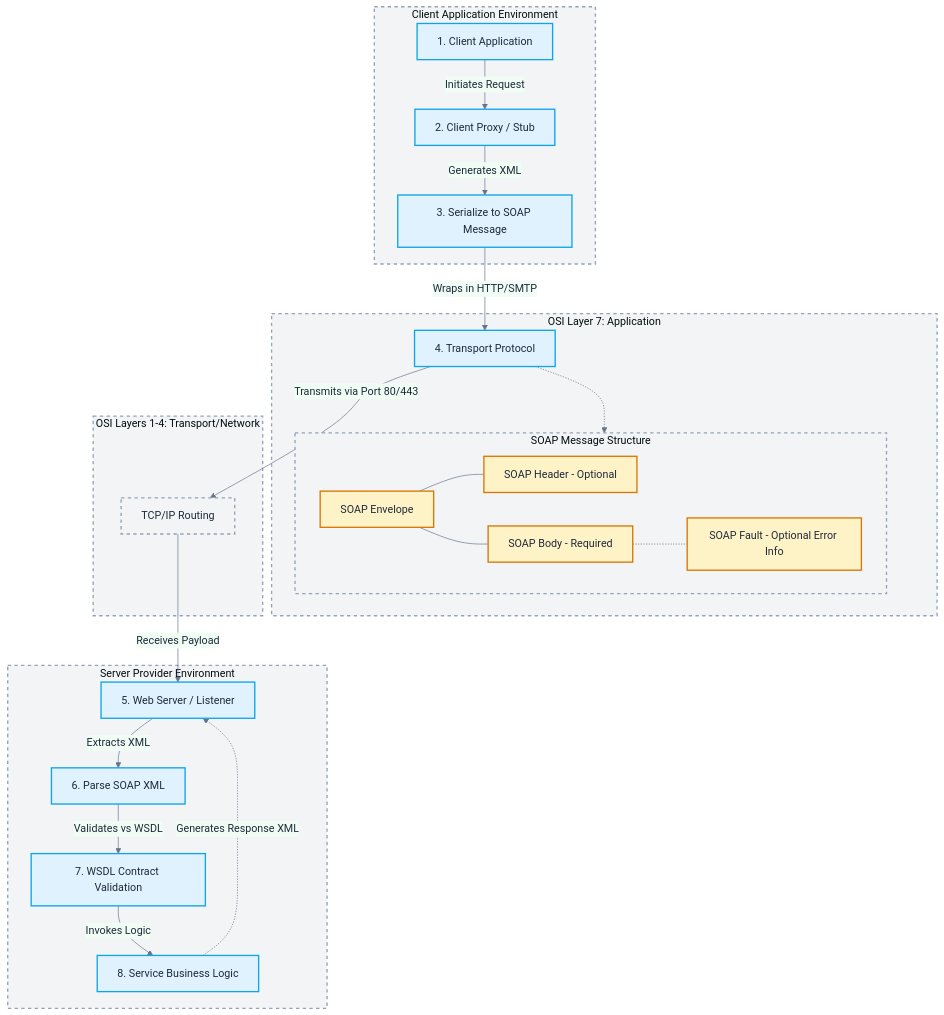
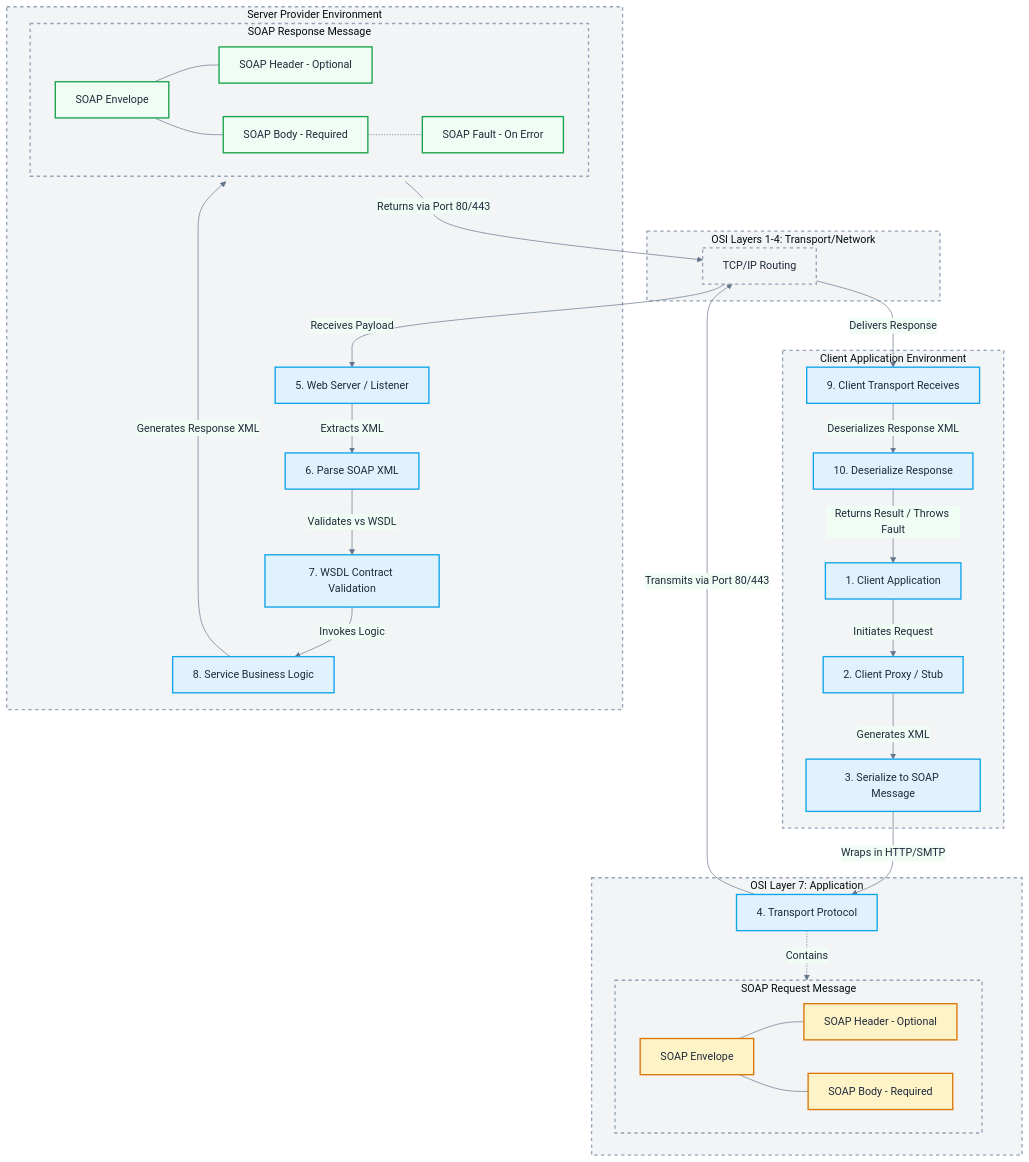
One commit to chrisseanhayes/soap-viewer changed the diagram in soap/data/diagram.mmd. Above: the diagram before and after it, drawn with Mermaid. The commit also changed 2 other files, not shown here.

Commit message:
add return path message

```diff
--- a/soap/data/diagram.mmd
+++ b/soap/data/diagram.mmd
@@ -1,67 +1,89 @@
 %%{init: {'theme': 'base', 'themeVariables': { 'primaryColor': '#eff6ff', 'primaryTextColor': '#1e293b', 'primaryBorderColor': '#3b82f6', 'lineColor': '#64748b', 'secondaryColor': '#f0fdf4', 'tertiaryColor': '#fef2f2'}}}%%
 graph TD
     classDef osiLayer fill:#f3f4f6,stroke:#94a3b8,stroke-width:2px,stroke-dasharray:5 5;
     classDef process fill:#e0f2fe,stroke:#0ea5e9,stroke-width:2px;
     classDef soapLayer fill:#fef3c7,stroke:#d97706,stroke-width:2px;
+    classDef soapResponse fill:#f0fdf4,stroke:#16a34a,stroke-width:2px;
     classDef clickable cursor:pointer,transition:all 0.2s;
 
     subgraph Client [Client Application Environment]
         AppClient[1. Client Application] -->|Initiates Request| Proxy[2. Client Proxy / Stub]
         Proxy -->|Generates XML| Serialize[3. Serialize to SOAP Message]
-        class AppClient,Proxy,Serialize process;
-        class AppClient,Proxy,Serialize clickable;
+        ClientTransport[9. Client Transport Receives] -->|Deserializes Response XML| Deserialize2[10. Deserialize Response]
+        Deserialize2 -->|Returns Result / Throws Fault| AppClient
+        class AppClient,Proxy,Serialize,ClientTransport,Deserialize2 process;
+        class AppClient,Proxy,Serialize,ClientTransport,Deserialize2 clickable;
     end
 
     subgraph OSILayer7 [OSI Layer 7: Application]
         Serialize -->|Wraps in HTTP/SMTP| TransportProtocol[4. Transport Protocol]
         class TransportProtocol process;
         class TransportProtocol clickable;
 
-        subgraph SOAPMessage [SOAP Message Structure]
-            Envelope[SOAP Envelope]
-            Header[SOAP Header - Optional]
-            Body[SOAP Body - Required]
-            Fault[SOAP Fault - Optional Error Info]
-            Envelope --- Header
-            Envelope --- Body
-            Body -.- Fault
-            class Envelope,Header,Body,Fault soapLayer;
-            class Envelope,Header,Body,Fault clickable;
+        subgraph SOAPMessage [SOAP Request Message]
+            ReqEnvelope[SOAP Envelope]
+            ReqHeader[SOAP Header - Optional]
+            ReqBody[SOAP Body - Required]
+            ReqEnvelope --- ReqHeader
+            ReqEnvelope --- ReqBody
+            class ReqEnvelope,ReqHeader,ReqBody soapLayer;
+            class ReqEnvelope,ReqHeader,ReqBody clickable;
         end
-        TransportProtocol -.-> SOAPMessage
+        TransportProtocol -.->|Contains| SOAPMessage
     end
 
     subgraph OSILowerLayers [OSI Layers 1-4: Transport/Network]
         TCP[TCP/IP Routing]
         class TCP osiLayer;
         class TCP clickable;
     end
     TransportProtocol -->|Transmits via Port 80/443| TCP
 
     subgraph Server [Server Provider Environment]
         TCP -->|Receives Payload| ServerTransport[5. Web Server / Listener]
         ServerTransport -->|Extracts XML| Deserialize[6. Parse SOAP XML]
         Deserialize -->|Validates vs WSDL| Validate[7. WSDL Contract Validation]
         Validate -->|Invokes Logic| AppServer[8. Service Business Logic]
+
+        subgraph SOAPResponse [SOAP Response Message]
+            RespEnvelope[SOAP Envelope]
+            RespHeader[SOAP Header - Optional]
+            RespBody[SOAP Body - Required]
+            RespFault[SOAP Fault - On Error]
+            RespEnvelope --- RespHeader
+            RespEnvelope --- RespBody
+            RespBody -.- RespFault
+            class RespEnvelope,RespHeader,RespBody,RespFault soapResponse;
+            class RespEnvelope,RespHeader,RespBody,RespFault clickable;
+        end
+
+        AppServer -->|Generates Response XML| SOAPResponse
         class ServerTransport,Deserialize,Validate,AppServer process;
         class ServerTransport,Deserialize,Validate,AppServer clickable;
     end
 
-    AppServer -.->|Generates Response XML| ServerTransport
+    SOAPResponse -->|Returns via Port 80/443| TCP
+    TCP -->|Delivers Response| ClientTransport
+
     class Client,Server osiLayer;
-    class OSILayer7,SOAPMessage,OSILowerLayers osiLayer;
-    class Client,OSILayer7,SOAPMessage,OSILowerLayers,Server clickable;
+    class OSILayer7,SOAPMessage,SOAPResponse,OSILowerLayers osiLayer;
+    class Client,OSILayer7,SOAPMessage,SOAPResponse,OSILowerLayers,Server clickable;
 
  click AppClient call showDetails() "Details on Client"
  click Proxy call showDetails() "Details on Proxy"
  click Serialize call showDetails() "Details on Serialization"
  click TransportProtocol call showDetails() "Details on Transport"
- click Envelope call showDetails() "Details on Envelope"
- click Header call showDetails() "Details on Header"
- click Body call showDetails() "Details on Body"
- click Fault call showDetails() "Details on Fault"
+ click ReqEnvelope call showDetails() "Details on Request Envelope"
+ click ReqHeader call showDetails() "Details on Request Header"
+ click ReqBody call showDetails() "Details on Request Body"
  click TCP call showDetails() "Details on Networking"
  click ServerTransport call showDetails() "Details on Web Server"
  click Deserialize call showDetails() "Details on Parsing"
  click Validate call showDetails() "Details on Validation"
  click AppServer call showDetails() "Details on Logic"
+ click RespEnvelope call showDetails() "Details on Response Envelope"
+ click RespHeader call showDetails() "Details on Response Header"
+ click RespBody call showDetails() "Details on Response Body"
+ click RespFault call showDetails() "Details on Fault"
+ click ClientTransport call showDetails() "Details on Client Transport"
+ click Deserialize2 call showDetails() "Details on Client Deserialization"
```
